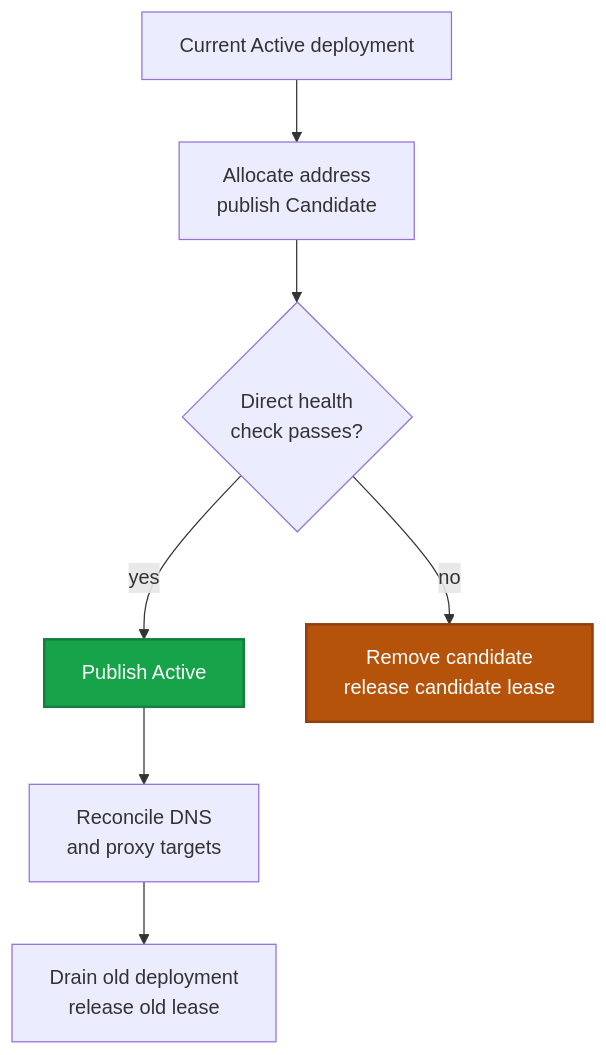
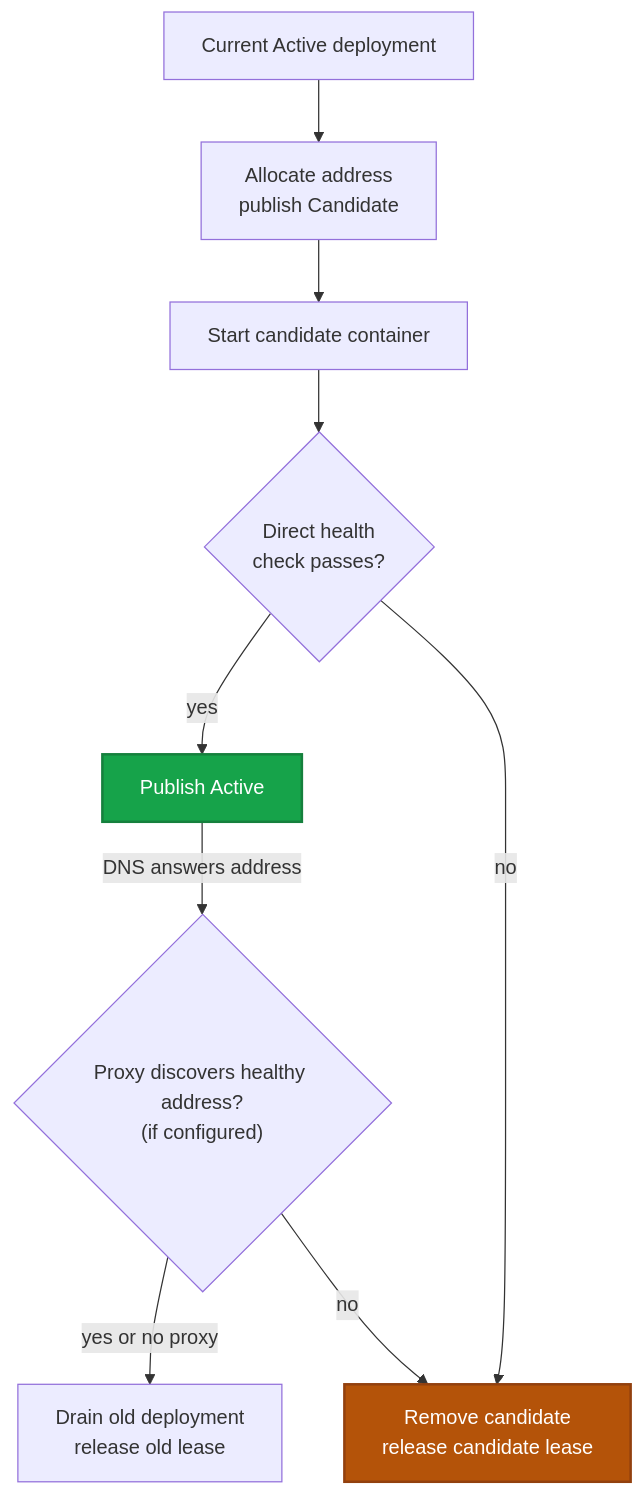
The second of 3 diagrams in app/docs/getting-started/architecture/page.mdx (acidtib/jiji-website), drawn with Mermaid before and after one commit. The commit also changed other lines of this file and 7 other files, not shown here.

````diff
--- a/app/docs/getting-started/architecture/page.mdx
+++ b/app/docs/getting-started/architecture/page.mdx
@@ -82,22 +82,25 @@
 ```mermaid
 flowchart TB
   accTitle: Catalog-driven zero-downtime deployment
-  accDescr: A candidate receives a durable address, is health checked directly, becomes Active in the replicated catalog, and replaces the draining old deployment.
+  accDescr: A candidate receives a durable address and is published before it starts. After a direct health check, it becomes Active in the catalog, DNS begins answering its address, and Jiji verifies proxy discovery before draining the old deployment.
 
   old["Current Active deployment"]
   lease["Allocate address<br/>publish Candidate"]
+  start["Start candidate container"]
   health{"Direct health<br/>check passes?"}
   active["Publish Active"]
-  route["Reconcile DNS<br/>and proxy targets"]
+  route{"Proxy discovers healthy address?<br/>(if configured)"}
   drain["Drain old deployment<br/>release old lease"]
   rollback["Remove candidate<br/>release candidate lease"]
 
-  old --> lease --> health
-  health -->|"yes"| active --> route --> drain
+  old --> lease --> start --> health
+  health -->|"yes"| active -->|"DNS answers address"| route
+  route -->|"yes or no proxy"| drain
+  route -->|"no"| rollback
   health -->|"no"| rollback
 
   classDef success fill:#16a34a,color:#fff,stroke:#15803d,stroke-width:2px
   classDef failure fill:#b45309,color:#fff,stroke:#92400e,stroke-width:2px
   class active success
   class rollback failure
 ```
````
